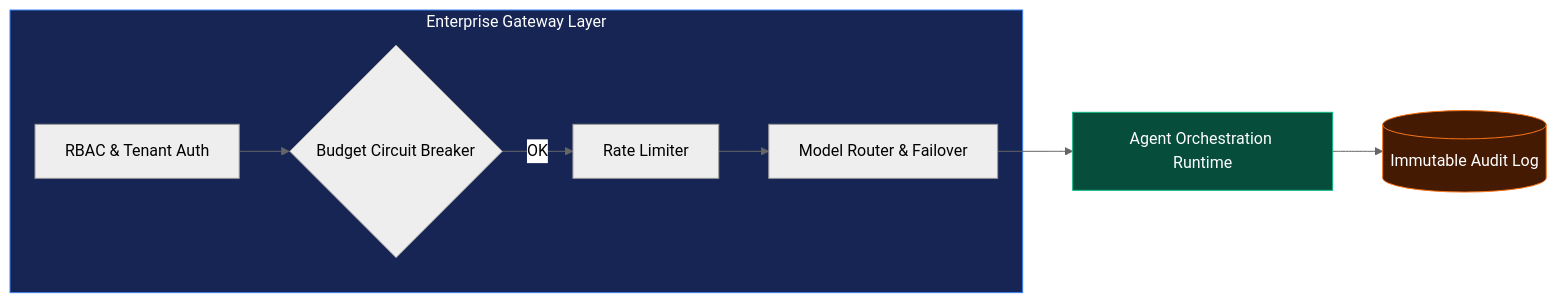
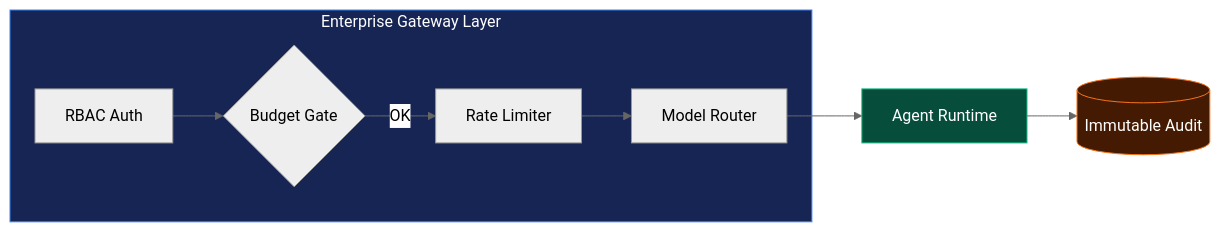
Before and after one commit to tvseshagiri/kaameekru: the first of 2 diagrams in tech/agentic-ai/slides/_13-governance-capstone.qmd, drawn with Mermaid (neutral theme). The commit also changed other lines of this file and 4 other files, not shown here.

````diff
--- a/tech/agentic-ai/slides/_13-governance-capstone.qmd
+++ b/tech/agentic-ai/slides/_13-governance-capstone.qmd
@@ -19,13 +46,13 @@
 ```{mermaid}
 graph LR
     subgraph Governance["Enterprise Gateway Layer"]
-        Auth[RBAC & Tenant Auth] --> Budget{Budget Circuit Breaker}
+        Auth[RBAC Auth] --> Budget{Budget Gate}
         Budget -- OK --> Rate[Rate Limiter]
-        Rate --> Router[Model Router & Failover]
+        Rate --> Router[Model Router]
     end
-    Router --> Runtime[Agent Orchestration Runtime]
-    Runtime --> Audit[(Immutable Audit Log)]
+    Router --> Runtime[Agent Runtime]
+    Runtime --> Audit[(Immutable Audit)]
     style Governance fill:#172554,stroke:#3b82f6,color:#fff
     style Runtime fill:#064e3b,stroke:#10b981,color:#fff
     style Audit fill:#451a03,stroke:#f97316,color:#fff
 ```
````
